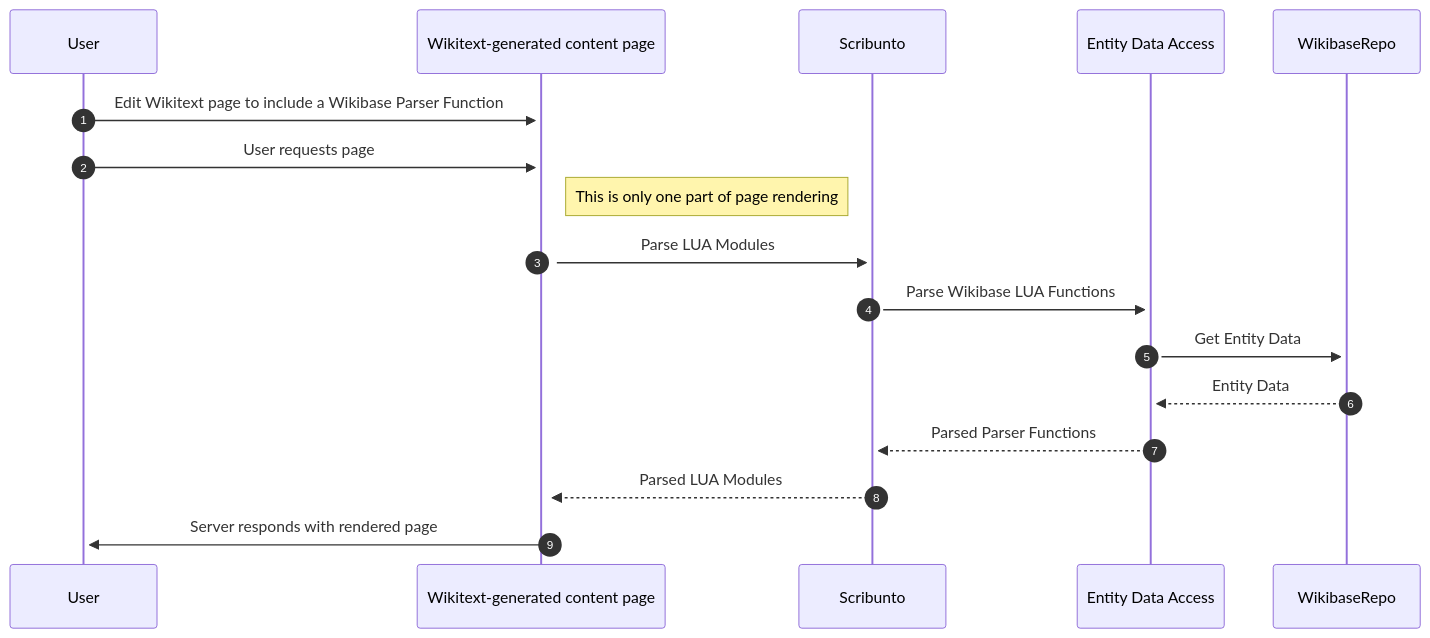
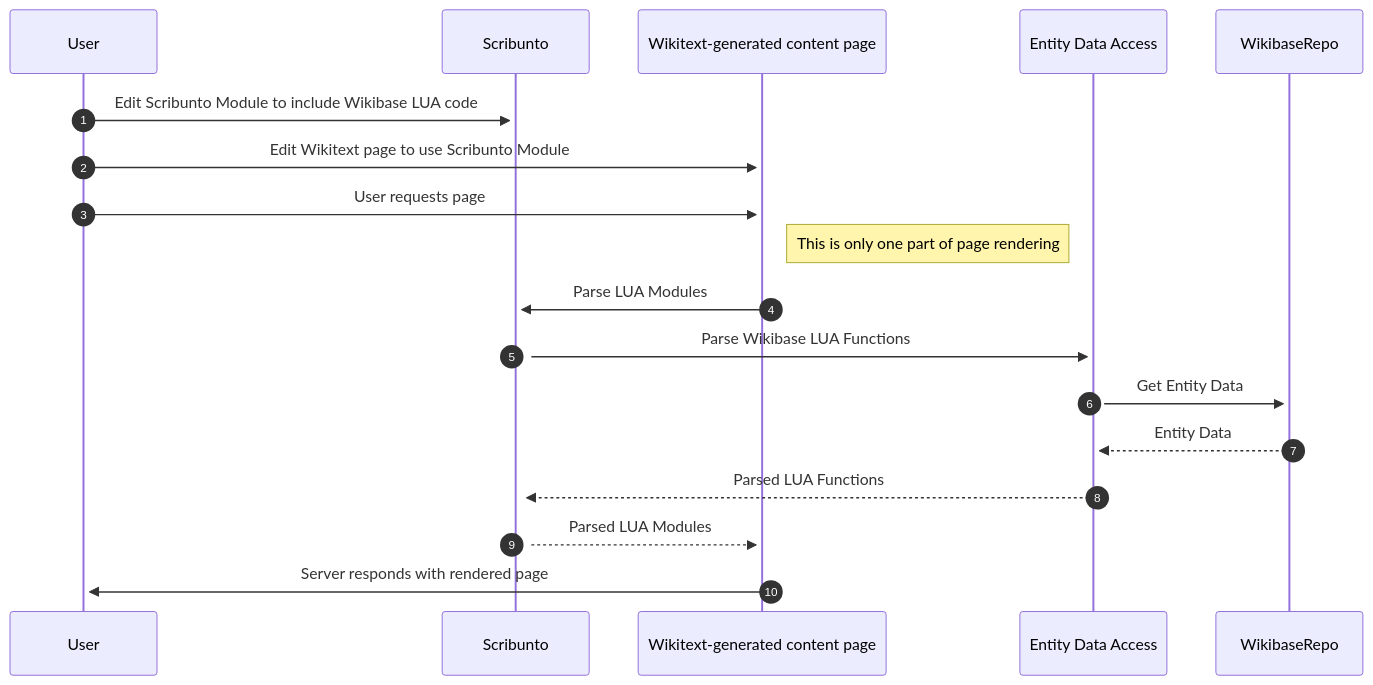
The sixth of 7 diagrams in systems/WikibaseClient/06-Runtime_View.md (wmde/wikidata-wikibase-architecture), drawn with Mermaid before and after one commit.

````diff
--- a/systems/WikibaseClient/06-Runtime_View.md
+++ b/systems/WikibaseClient/06-Runtime_View.md
@@ -98,14 +98,15 @@
 ```mermaid
 sequenceDiagram
     autonumber
-    User->>+Wikitext-generated content page: Edit Wikitext page to include a Wikibase Parser Function
+    User->>+Scribunto: Edit Scribunto Module to include Wikibase LUA code
+    User->>+Wikitext-generated content page: Edit Wikitext page to use Scribunto Module
     User->>+Wikitext-generated content page: User requests page
     Note right of Wikitext-generated content page: This is only one part of page rendering
     Wikitext-generated content page->>+Scribunto: Parse LUA Modules
     Scribunto->>+Entity Data Access: Parse Wikibase LUA Functions
     Entity Data Access->>+WikibaseRepo: Get Entity Data
     WikibaseRepo-->>Entity Data Access: Entity Data
-    Entity Data Access-->>Scribunto: Parsed Parser Functions
+    Entity Data Access-->>Scribunto: Parsed LUA Functions
     Scribunto-->>Wikitext-generated content page: Parsed LUA Modules
     Wikitext-generated content page->>+User: Server responds with rendered page
 ```
````
